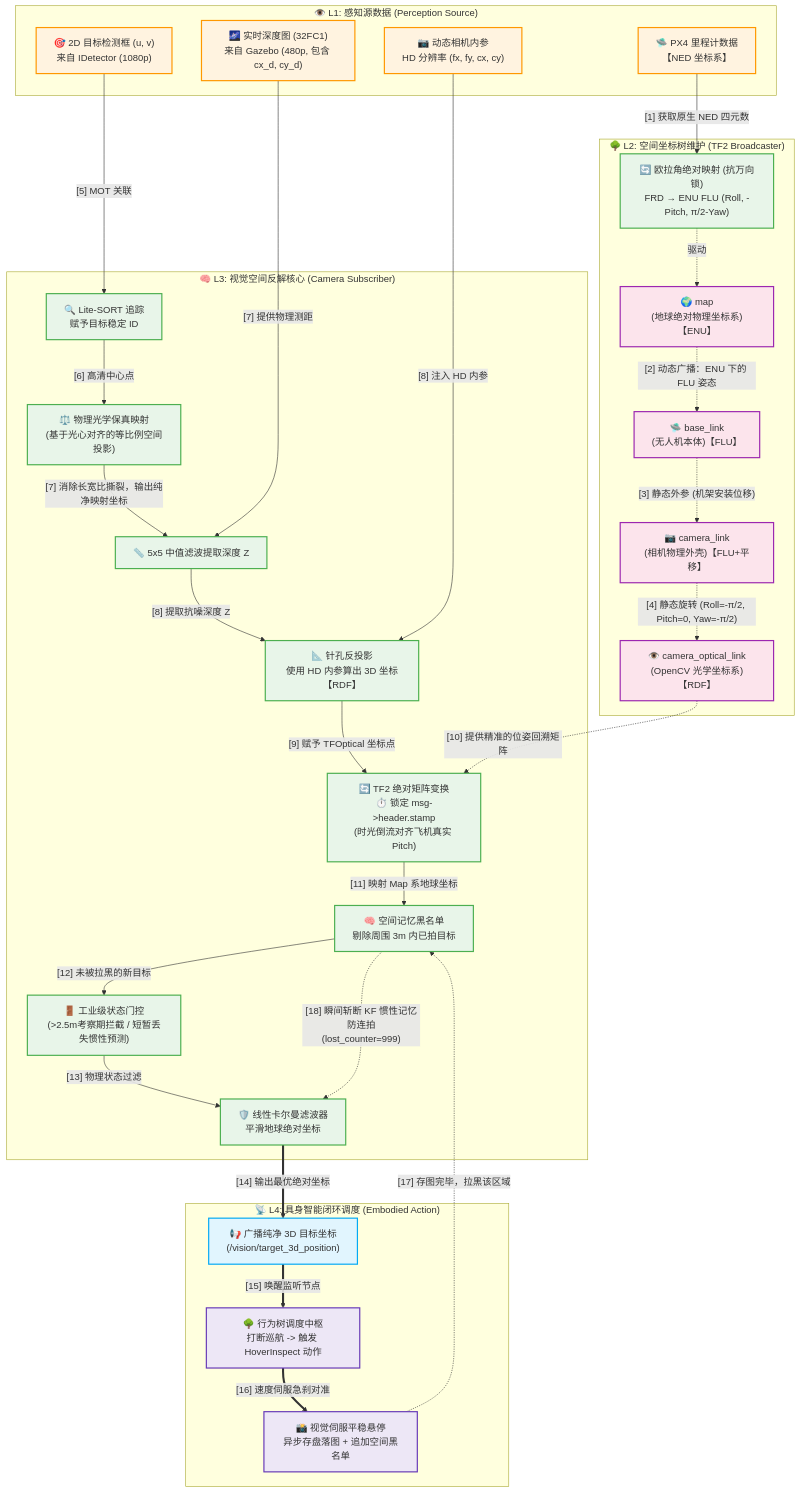
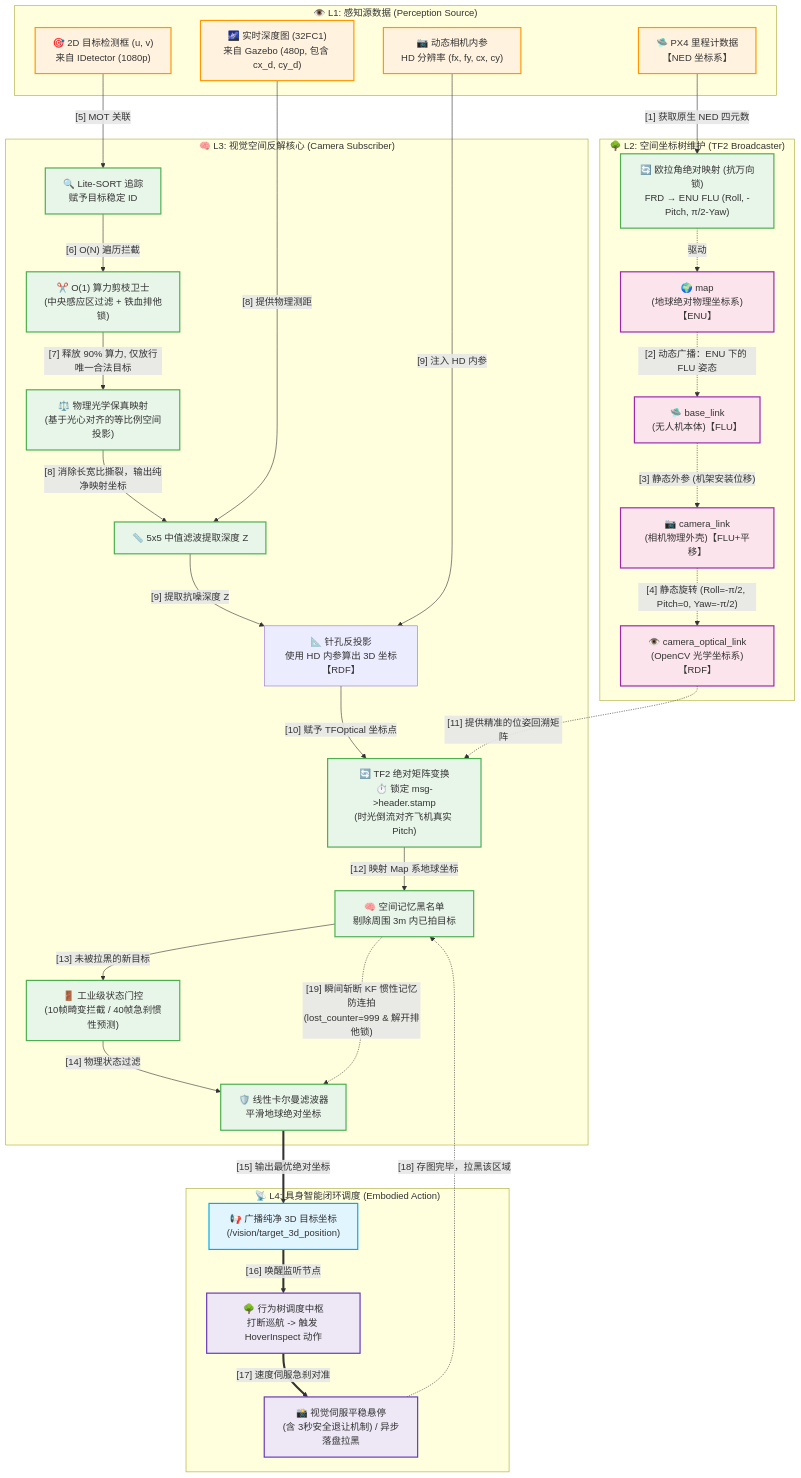
Before and after one commit to xinfangshi/uav_inspection_ros2: the fourth of 5 diagrams in README.md, drawn with Mermaid. The commit also changed other lines of this file and 4 other files, not shown here.

First line of the commit message:
feat(vision/control): robust visual servoing with pruning, gating, and fallbacks

````diff
--- a/README.md
+++ b/README.md
@@ -147,69 +147,71 @@
 ```mermaid
 graph TD
     classDef data fill:#fff3e0,stroke:#ff9800,stroke-width:2px;
     classDef algo fill:#e8f5e9,stroke:#4caf50,stroke-width:2px;
     classDef tf fill:#fce4ec,stroke:#9c27b0,stroke-width:2px;
     classDef ros fill:#e1f5fe,stroke:#03a9f4,stroke-width:2px;
     classDef bt fill:#ede7f6,stroke:#673ab7,stroke-width:2px;
 
     subgraph "👁️ L1: 感知源数据 (Perception Source)"
         BBox["🎯 2D 目标检测框 (u, v)<br>来自 IDetector (1080p)"]:::data
         DepthMap["🌌 实时深度图 (32FC1)<br>来自 Gazebo (480p, 包含 cx_d, cy_d)"]:::data
         CamInfo["📷 动态相机内参<br>HD 分辨率 (fx, fy, cx, cy)"]:::data
         PX4Odom["🛸 PX4 里程计数据<br>【NED 坐标系】"]:::data
     end
 
     subgraph "🌳 L2: 空间坐标树维护 (TF2 Broadcaster)"
         NED2ENU["🔄 欧拉角绝对映射 (抗万向锁)<br>FRD → ENU FLU (Roll, -Pitch, π/2-Yaw)"]:::algo
         TFMap["🌍 map<br>(地球绝对物理坐标系)【ENU】"]:::tf
         TFBase["🛸 base_link<br>(无人机本体)【FLU】"]:::tf
         TFCamera["📷 camera_link<br>(相机物理外壳)【FLU+平移】"]:::tf
         TFOptical["👁️ camera_optical_link<br>(OpenCV 光学坐标系)【RDF】"]:::tf
         
         PX4Odom -->|"[1] 获取原生 NED 四元数"| NED2ENU
         
         TFMap -.->|"[2] 动态广播：ENU 下的 FLU 姿态"| TFBase
         NED2ENU -.->|"驱动"| TFMap
         
         TFBase -.->|"[3] 静态外参 (机架安装位移)"| TFCamera
         TFCamera -.->|"[4] 静态旋转 (Roll=-π/2, Pitch=0, Yaw=-π/2)"| TFOptical
     end
 
     subgraph "🧠 L3: 视觉空间反解核心 (Camera Subscriber)"
         LiteSORT["🔍 Lite-SORT 追踪<br>赋予目标稳定 ID"]:::algo
+        Pruning["✂️ O(1) 算力剪枝卫士<br>(中央感应区过滤 + 铁血排他锁)"]:::algo
         Rescale["⚖️ 物理光学保真映射<br>(基于光心对齐的等比例空间投影)"]:::algo
         MedianFilter["📏 5x5 中值滤波提取深度 Z"]:::algo
-        Pinhole["📐 针孔反投影<br>使用 HD 内参算出 3D 坐标【RDF】"]:::algo
+        Pinhole["📐 针孔反投影<br>使用 HD 内参算出 3D 坐标【RDF】"]:::线
         Transform["🔄 TF2 绝对矩阵变换<br>⏱️ 锁定 msg->header.stamp<br>(时光倒流对齐飞机真实 Pitch)"]:::algo
         Blacklist["🧠 空间记忆黑名单<br>剔除周围 3m 内已拍目标"]:::algo
-        Gating["🚪 工业级状态门控<br>(>2.5m考察期拦截 / 短暂丢失惯性预测)"]:::algo
+        Gating["🚪 工业级状态门控<br>(10帧畸变拦截 / 40帧急刹惯性预测)"]:::algo
         Kalman["🛡️ 线性卡尔曼滤波器<br>平滑地球绝对坐标"]:::algo
         
         BBox -->|"[5] MOT 关联"| LiteSORT
-        LiteSORT -->|"[6] 高清中心点"| Rescale
-        Rescale -->|"[7] 消除长宽比撕裂，输出纯净映射坐标"| MedianFilter
-        DepthMap -->|"[7] 提供物理测距"| MedianFilter
+        LiteSORT -->|"[6] O(N) 遍历拦截"| Pruning
+        Pruning -->|"[7] 释放 90% 算力, 仅放行唯一合法目标"| Rescale
+        Rescale -->|"[8] 消除长宽比撕裂，输出纯净映射坐标"| MedianFilter
+        DepthMap -->|"[8] 提供物理测距"| MedianFilter
         
-        MedianFilter -->|"[8] 提取抗噪深度 Z"| Pinhole
-        CamInfo -->|"[8] 注入 HD 内参"| Pinhole
+        MedianFilter -->|"[9] 提取抗噪深度 Z"| Pinhole
+        CamInfo -->|"[9] 注入 HD 内参"| Pinhole
         
-        Pinhole -->|"[9] 赋予 TFOptical 坐标点"| Transform
-        TFOptical -.->|"[10] 提供精准的位姿回溯矩阵"| Transform
+        Pinhole -->|"[10] 赋予 TFOptical 坐标点"| Transform
+        TFOptical -.->|"[11] 提供精准的位姿回溯矩阵"| Transform
         
-        Transform -->|"[11] 映射 Map 系地球坐标"| Blacklist
-        Blacklist -->|"[12] 未被拉黑的新目标"| Gating
-        Gating -->|"[13] 物理状态过滤"| Kalman
+        Transform -->|"[12] 映射 Map 系地球坐标"| Blacklist
+        Blacklist -->|"[13] 未被拉黑的新目标"| Gating
+        Gating -->|"[14] 物理状态过滤"| Kalman
     end
 
     subgraph "📡 L4: 具身智能闭环调度 (Embodied Action)"
         Pub["📢 广播纯净 3D 目标坐标<br>(/vision/target_3d_position)"]:::ros
         BTNode["🌳 行为树调度中枢<br>打断巡航 -> 触发 HoverInspect 动作"]:::bt
-        Snap["📸 视觉伺服平稳悬停<br>异步存盘落图 + 追加空间黑名单"]:::bt
+        Snap["📸 视觉伺服平稳悬停<br>(含 3秒安全退让机制) / 异步落盘拉黑"]:::bt
         
-        Kalman ==>|"[14] 输出最优绝对坐标"| Pub
-        Pub ==>|"[15] 唤醒监听节点"| BTNode
-        BTNode ==>|"[16] 速度伺服急刹对准"| Snap
-        Snap -.->|"[17] 存图完毕，拉黑该区域"| Blacklist
-        Blacklist -.->|"[18] 瞬间斩断 KF 惯性记忆防连拍<br>(lost_counter=999)"| Kalman
+        Kalman ==>|"[15] 输出最优绝对坐标"| Pub
+        Pub ==>|"[16] 唤醒监听节点"| BTNode
+        BTNode ==>|"[17] 速度伺服急刹对准"| Snap
+        Snap -.->|"[18] 存图完毕，拉黑该区域"| Blacklist
+        Blacklist -.->|"[19] 瞬间斩断 KF 惯性记忆防连拍<br>(lost_counter=999 & 解开排他锁)"| Kalman
     end
 ```
````
